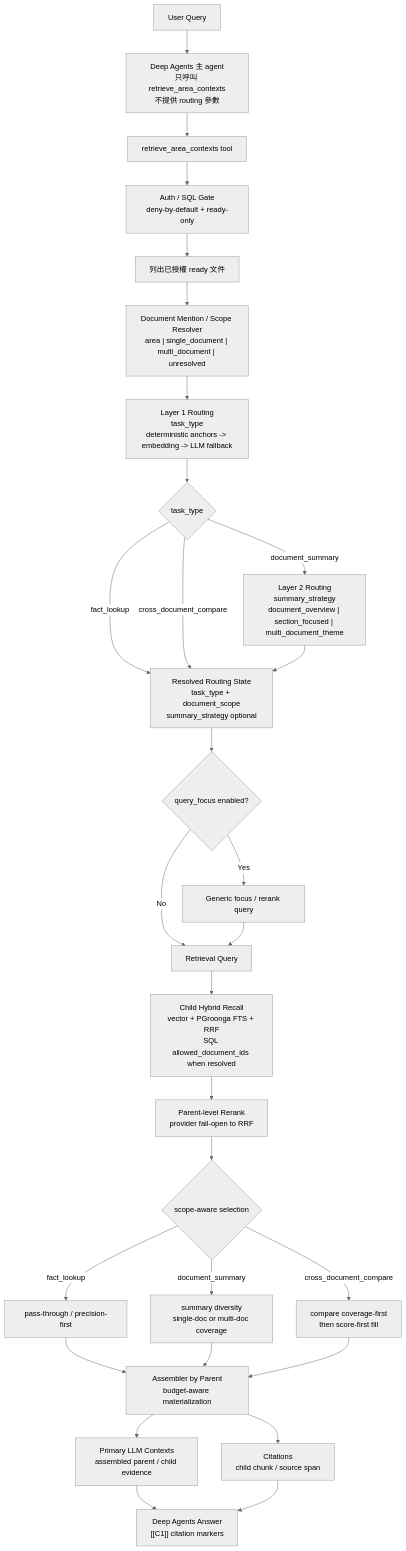
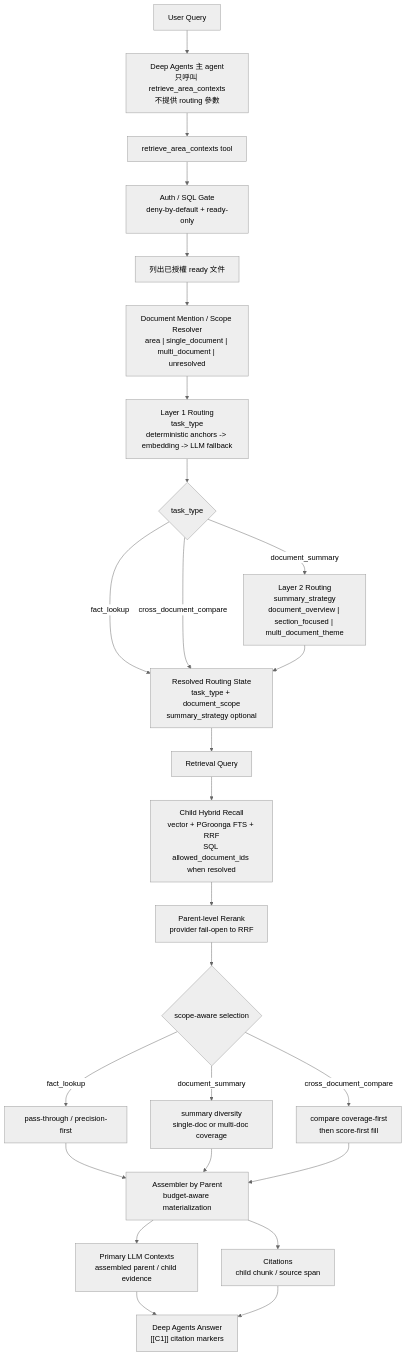
The second of 2 diagrams in ARCHITECTURE.md (jASTARSEVEN/deep-agent-rag-stack), drawn with Mermaid (neutral theme) before and after one commit. The commit also changed other lines of this file and 24 other files, not shown here.

Commit message:
Completely remove query_focus-related features

````diff
--- a/ARCHITECTURE.md
+++ b/ARCHITECTURE.md
@@ -143,37 +143,33 @@
 ```mermaid
 flowchart TD
     Q["User Query"] --> AGENT["Deep Agents 主 agent<br/>只呼叫 retrieve_area_contexts<br/>不提供 routing 參數"]
     AGENT --> TOOL["retrieve_area_contexts tool"]
     TOOL --> AUTH["Auth / SQL Gate<br/>deny-by-default + ready-only"]
 
     AUTH --> DOCS["列出已授權 ready 文件"]
     DOCS --> SCOPE["Document Mention / Scope Resolver<br/>area | single_document | multi_document | unresolved"]
     SCOPE --> L1["Layer 1 Routing<br/>task_type<br/>deterministic anchors -> embedding -> LLM fallback"]
     L1 --> L2{"task_type"}
 
     L2 -->|fact_lookup| RTS["Resolved Routing State<br/>task_type + document_scope<br/>summary_strategy optional"]
     L2 -->|document_summary| SS["Layer 2 Routing<br/>summary_strategy<br/>document_overview | section_focused | multi_document_theme"]
     L2 -->|cross_document_compare| RTS
     SS --> RTS
 
-    RTS --> QF{"query_focus enabled?"}
-    QF -->|No| RQ["Retrieval Query"]
-    QF -->|Yes| FQ["Generic focus / rerank query"]
-    FQ --> RQ
-
+    RTS --> RQ["Retrieval Query"]
     RQ --> CH["Child Hybrid Recall<br/>vector + PGroonga FTS + RRF<br/>SQL allowed_document_ids when resolved"]
     CH --> RR["Parent-level Rerank<br/>provider fail-open to RRF"]
     RR --> SEL{"scope-aware selection"}
     SEL -->|fact_lookup| PASS["pass-through / precision-first"]
     SEL -->|document_summary| SUMSEL["summary diversity<br/>single-doc or multi-doc coverage"]
     SEL -->|cross_document_compare| CMPSEL["compare coverage-first<br/>then score-first fill"]
 
     PASS --> ASM["Assembler by Parent<br/>budget-aware materialization"]
     SUMSEL --> ASM
     CMPSEL --> ASM
 
     ASM --> CTX["Primary LLM Contexts<br/>assembled parent / child evidence"]
     ASM --> CIT["Citations<br/>child chunk / source span"]
     CTX --> SYN["Deep Agents Answer<br/>[[C1]] citation markers"]
     CIT --> SYN
 ```
````
